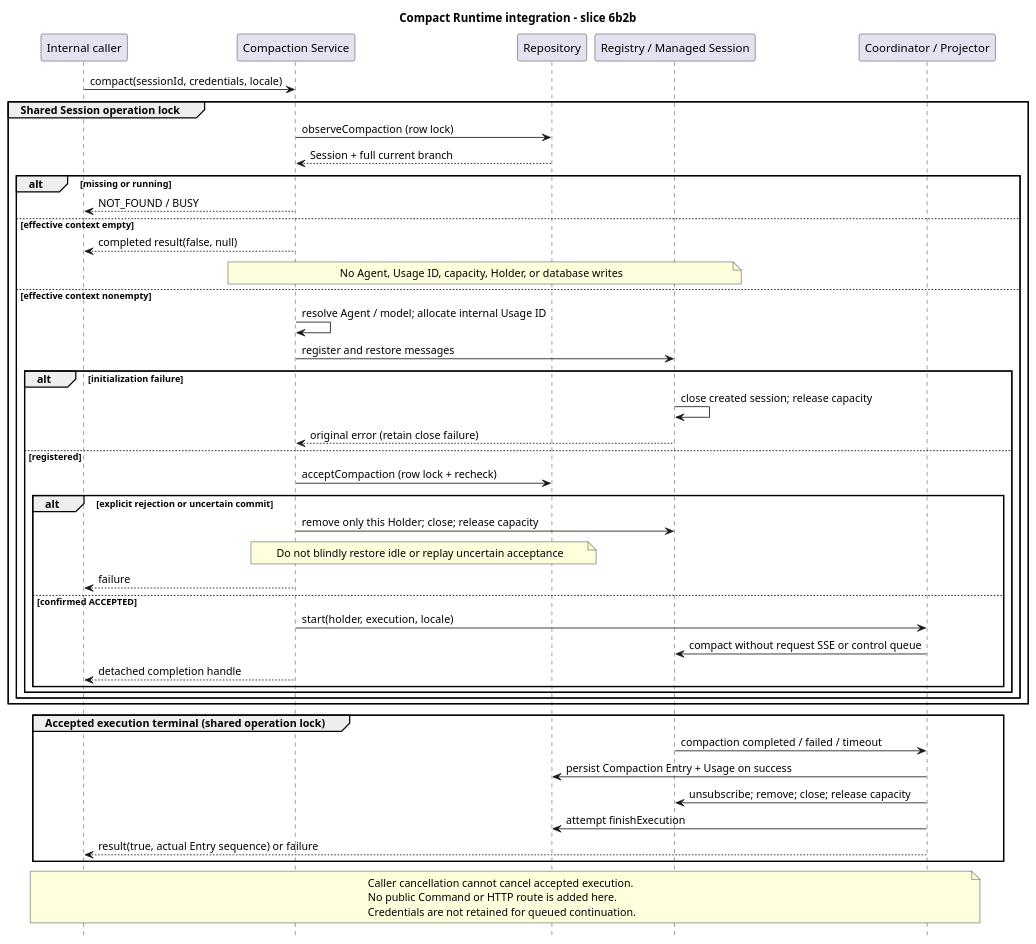
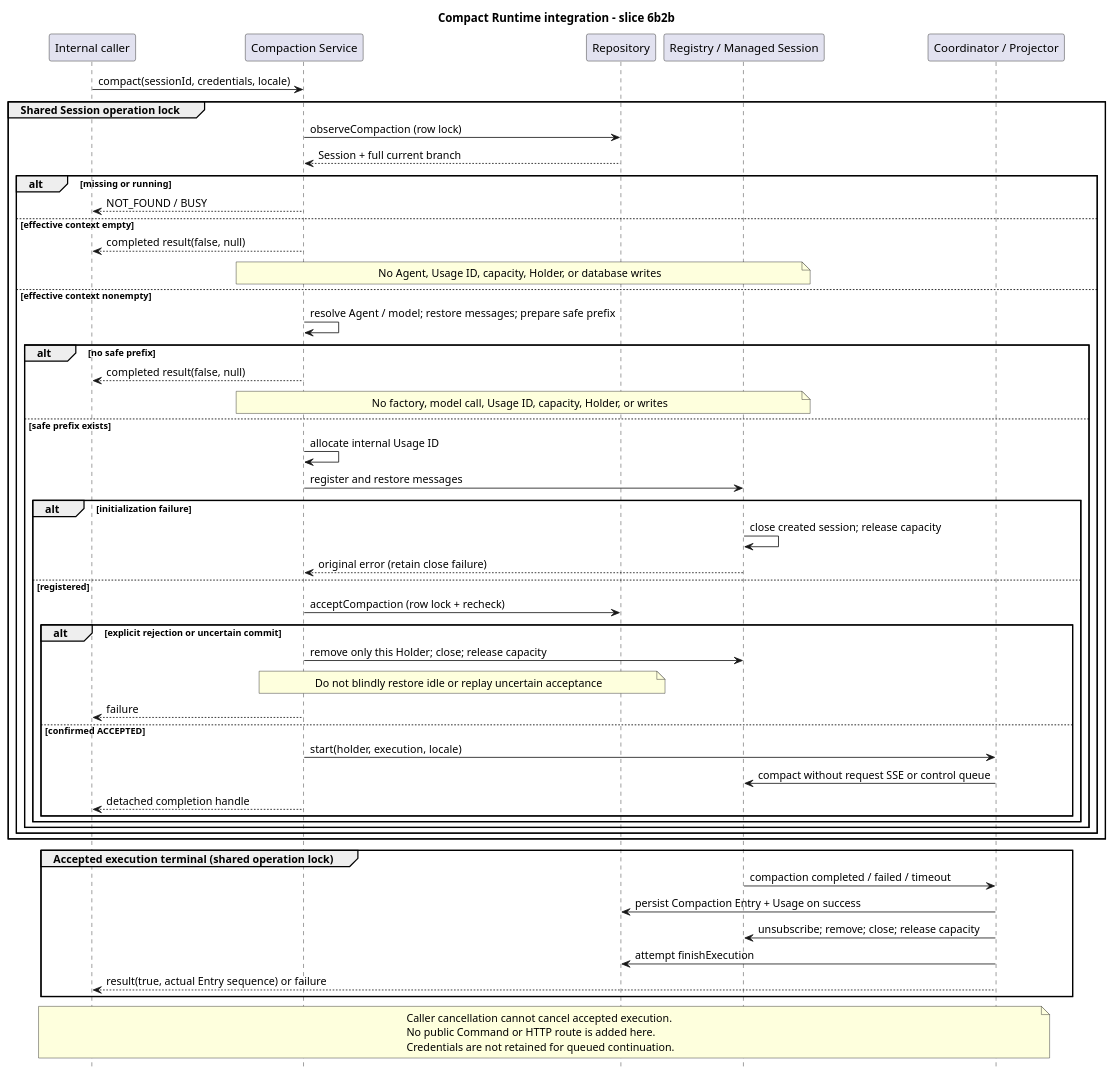
The diagram in docs/designs/compact-runtime-integration/diagram.puml (2862282695gjh-afk/pi-mono-java), drawn with PlantUML before and after one commit. The commit also changed 10 other files, not shown here.

```diff
--- a/docs/designs/compact-runtime-integration/diagram.puml
+++ b/docs/designs/compact-runtime-integration/diagram.puml
@@ -1,60 +1,69 @@
 @startuml compact_runtime_integration
 ' Java baseline: 6f52fddc87a03c20916fc7b6ef1de87f6a7a8cf5
 ' Source: modules/coding-agent-cli/src/main/java/com/campusclaw/codingagent/runtimeapi/persistence/MyBatisRuntimeSessionRepository.java
 ' Symbols: observeCompaction, acceptCompaction
 ' Source: modules/coding-agent-cli/src/main/java/com/campusclaw/codingagent/runtimeapi/compaction/RuntimeCompactionCoordinator.java:start
 ' Observed behavior: atomic database admission and admitted execution already exist separately.
 ' Added here: runtimeapi/compaction/RuntimeCompactionService.java:prepare, acceptAndStart
 ' Design reason: empty context must precede resources; only confirmed admission permits state cleanup.
+' Java fix baseline: 8ca7295c1ab6bc00dada8ad660bcf1e9cd90fb18
+' Source: modules/coding-agent-cli/src/main/java/com/campusclaw/codingagent/session/compaction/SessionCompactor.java:prepare, findSplitIndex
+' Product constraint: a missing safe prefix is a no-op before resource allocation.
 ' pi baseline: 4af9d21d3b4d664e4a29fcabfec85171077248e3
 ' Source: packages/coding-agent/src/core/agent-session.ts:compact, abortCompaction
 ' Java divergence: idle-only atomic admission, detached completion, no queued continuation.
 title Compact Runtime integration - slice 6b2b
 hide footbox
 participant "Internal caller" as Caller
 participant "Compaction Service" as Service
 participant "Repository" as Repo
 participant "Registry / Managed Session" as Registry
 participant "Coordinator / Projector" as Run
 Caller -> Service : compact(sessionId, credentials, locale)
 group Shared Session operation lock
   Service -> Repo : observeCompaction (row lock)
   Repo --> Service : Session + full current branch
   alt missing or running
     Service --> Caller : NOT_FOUND / BUSY
   else effective context empty
     Service --> Caller : completed result(false, null)
     note over Service, Registry : No Agent, Usage ID, capacity, Holder, or database writes
   else effective context nonempty
-    Service -> Service : resolve Agent / model; allocate internal Usage ID
+    Service -> Service : resolve Agent / model; restore messages; prepare safe prefix
+    alt no safe prefix
+      Service --> Caller : completed result(false, null)
+      note over Service, Registry : No factory, model call, Usage ID, capacity, Holder, or writes
+    else safe prefix exists
+    Service -> Service : allocate internal Usage ID
     Service -> Registry : register and restore messages
     alt initialization failure
       Registry -> Registry : close created session; release capacity
       Registry --> Service : original error (retain close failure)
     else registered
       Service -> Repo : acceptCompaction (row lock + recheck)
       alt explicit rejection or uncertain commit
         Service -> Registry : remove only this Holder; close; release capacity
         note over Service, Repo : Do not blindly restore idle or replay uncertain acceptance
         Service --> Caller : failure
       else confirmed ACCEPTED
         Service -> Run : start(holder, execution, locale)
         Run -> Registry : compact without request SSE or control queue
         Service --> Caller : detached completion handle
       end
     end
+    end
   end
 end
 group Accepted execution terminal (shared operation lock)
   Registry -> Run : compaction completed / failed / timeout
   Run -> Repo : persist Compaction Entry + Usage on success
   Run -> Registry : unsubscribe; remove; close; release capacity
   Run -> Repo : attempt finishExecution
   Run --> Caller : result(true, actual Entry sequence) or failure
 end
 note over Caller, Run
 Caller cancellation cannot cancel accepted execution.
 No public Command or HTTP route is added here.
 Credentials are not retained for queued continuation.
 end note
 @enduml
```
